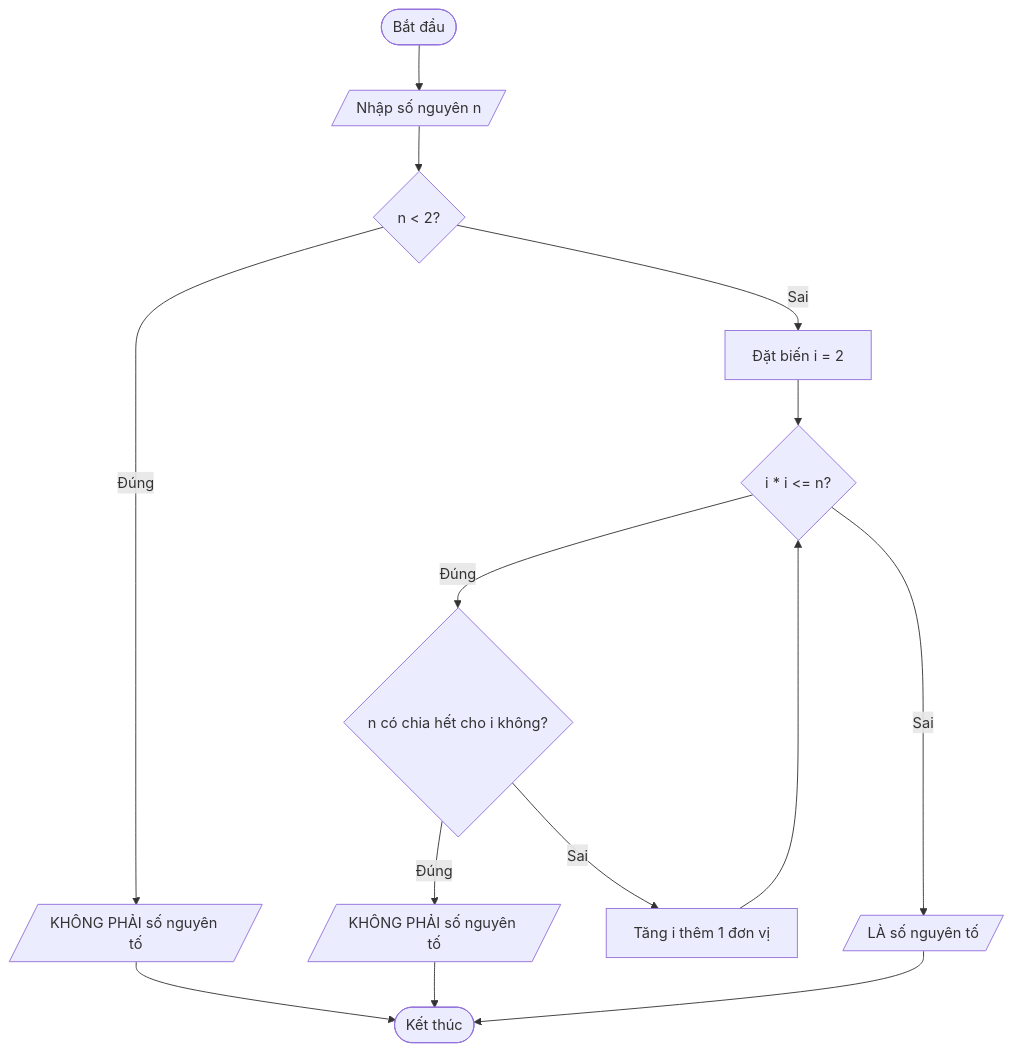
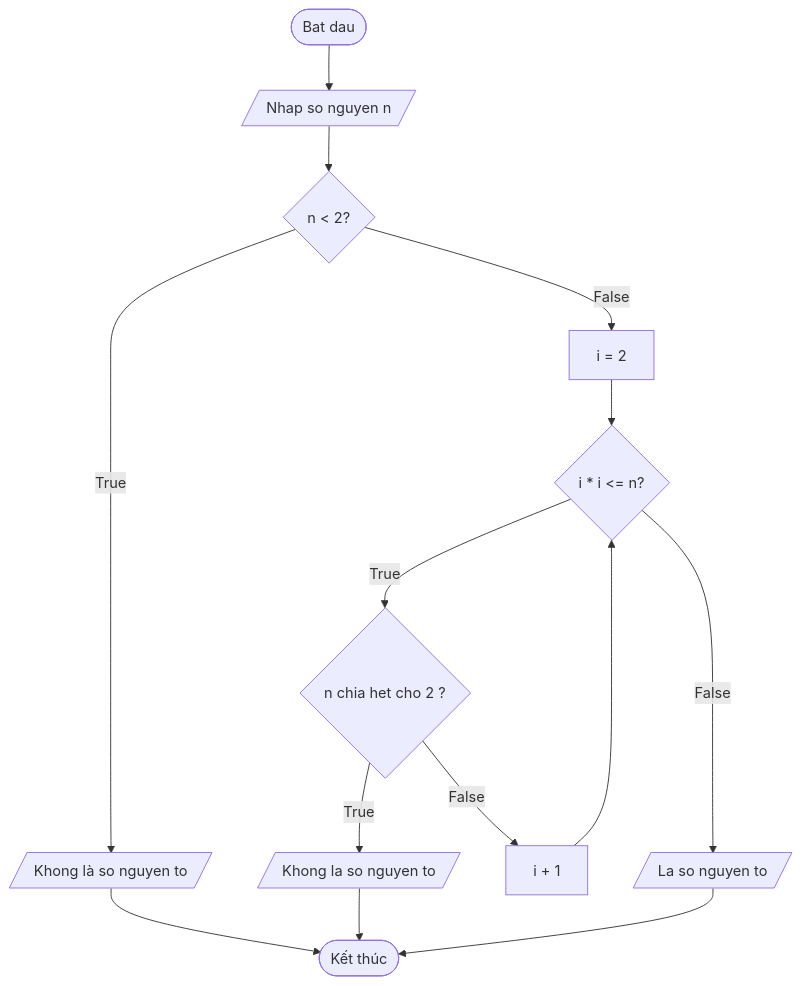
Before and after one commit to trang116974-cell/bai-thuc-hanh-01: the second of 4 diagrams in README.md, drawn with Mermaid. The commit also changed other lines of this file, not shown here.

````diff
--- a/README.md
+++ b/README.md
@@ -34,16 +34,16 @@
 ```mermaid
 graph TD
-    Start([Bắt đầu]) --> Nhap[/Nhập số nguyên n/]
+    Start([Bat dau]) --> Nhap[/Nhap so nguyen n/]
     Nhap --> KiemTraN{n < 2?}
     
-    KiemTraN -- Đúng --> KhongPhai1[/KHÔNG PHẢI số nguyên tố/] --> End([Kết thúc])
+    KiemTraN -- True --> KhongPhai1[/Khong là so nguyen to/] --> End([Kết thúc])
     
-    KiemTraN -- Sai --> KhoiTao[Đặt biến i = 2]
+    KiemTraN -- False --> KhoiTao[ i = 2]
     KhoiTao --> VongLap{i * i <= n?}
     
-    VongLap -- Đúng --> ChiaHet{n có chia hết cho i không?}
-    ChiaHet -- Đúng --> KhongPhai2[/KHÔNG PHẢI số nguyên tố/] --> End
-    ChiaHet -- Sai --> TangI[Tăng i thêm 1 đơn vị] --> VongLap
+    VongLap -- True --> ChiaHet{n chia het cho 2 ?}
+    ChiaHet -- True --> KhongPhai2[/Khong la so nguyen to/] --> End
+    ChiaHet -- False --> TangI[ i + 1 ] --> VongLap
     
-    VongLap -- Sai --> LaSNT[/LÀ số nguyên tố/] --> End
+    VongLap -- False --> LaSNT[/La so nguyen to/] --> End
 ```
````
